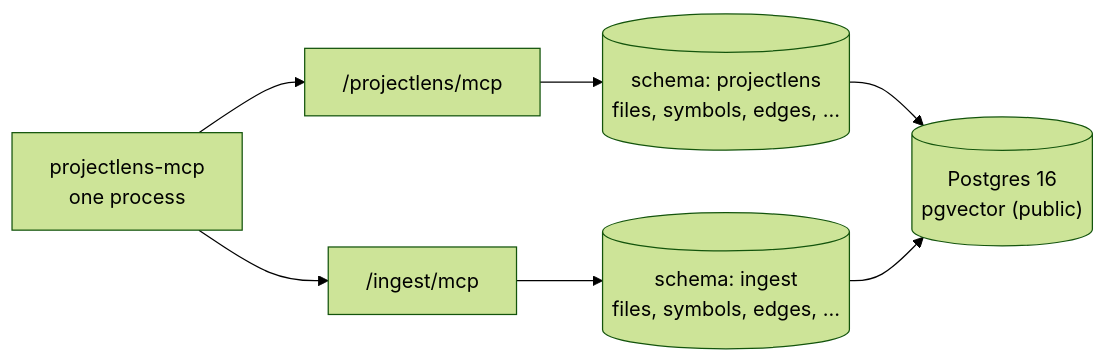
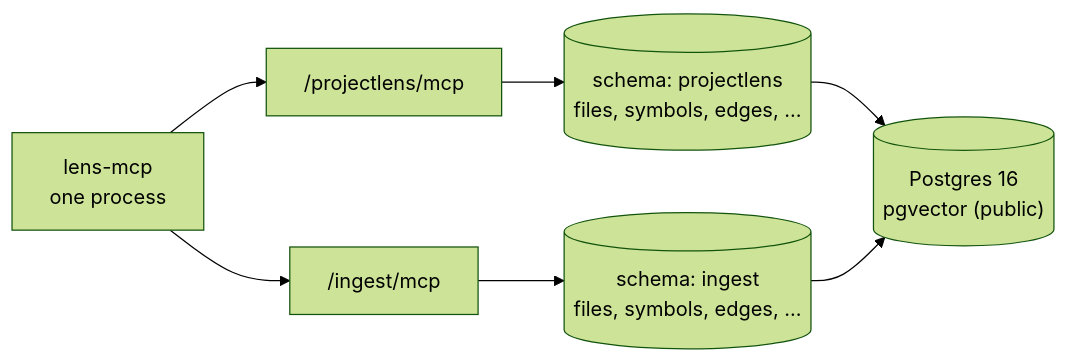
The second of 4 diagrams in docs/architecture.md (hman-pro/projectlens), drawn with Mermaid (forest theme) before and after one commit. The commit also changed other lines of this file and 9 other files, not shown here.

Commit message:
docs: rename projectlens command to lens across docs, agents, scripts

````diff
--- a/docs/architecture.md
+++ b/docs/architecture.md
@@ -61,16 +61,16 @@
 ```mermaid
 flowchart LR
-    MCP["projectlens-mcp<br/>one process"]
+    MCP["lens-mcp<br/>one process"]
     Mount1["/projectlens/mcp"]
     Mount2["/ingest/mcp"]
     DB[("Postgres 16<br/>pgvector (public)")]
     SchemaA[("schema: projectlens<br/>files, symbols, edges, ...")]
     SchemaB[("schema: ingest<br/>files, symbols, edges, ...")]
 
     MCP --> Mount1
     MCP --> Mount2
     Mount1 --> SchemaA
     Mount2 --> SchemaB
     SchemaA --> DB
     SchemaB --> DB
 ```
````
